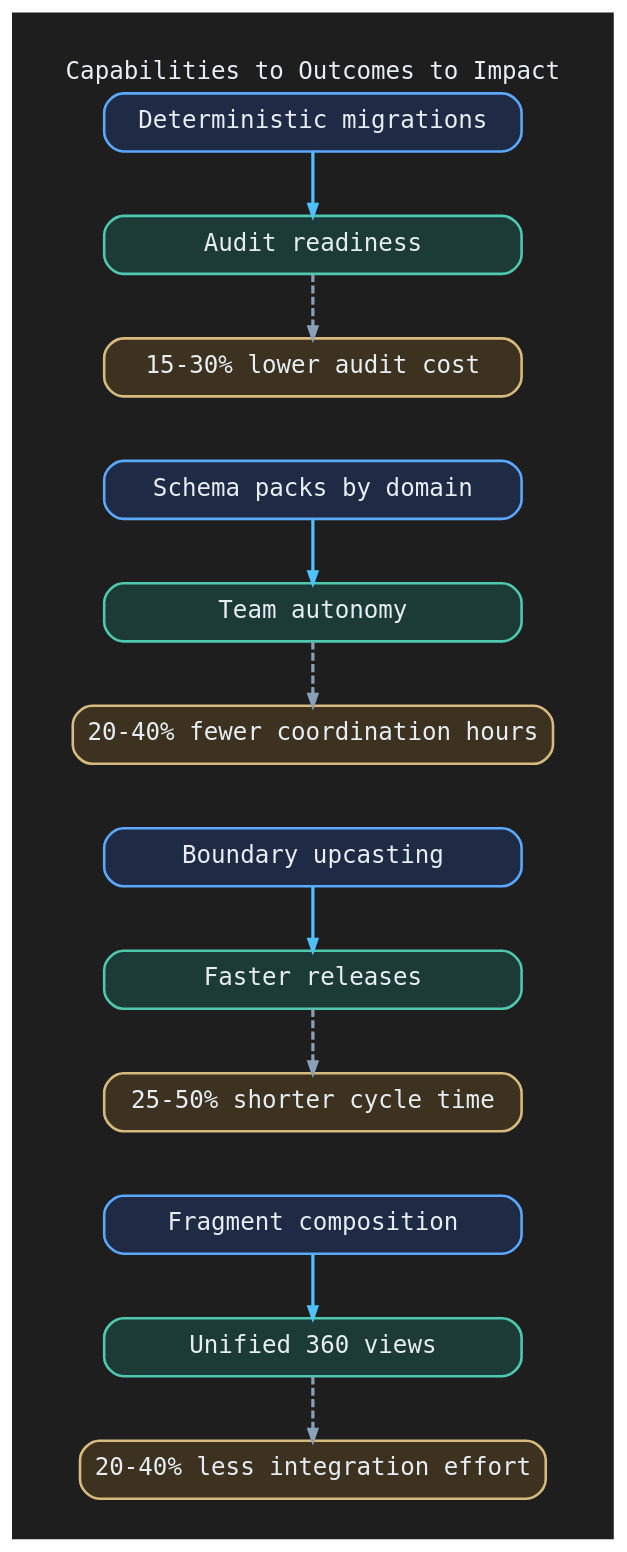
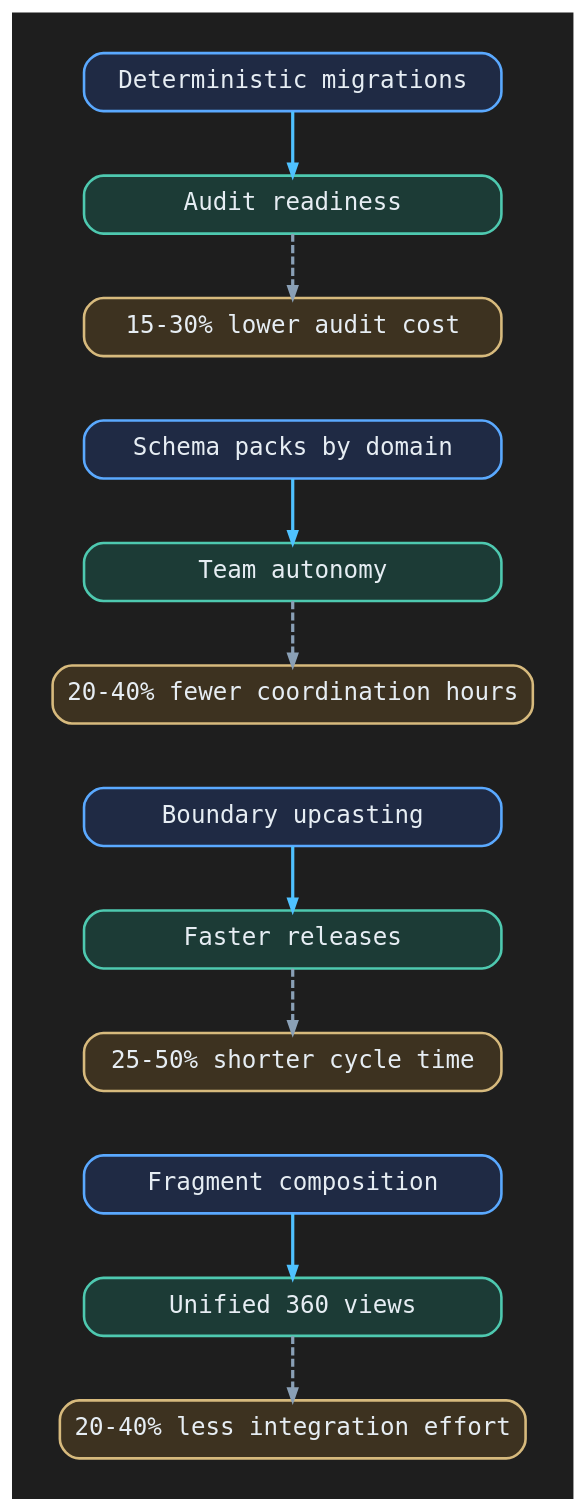
One commit to cronologi/schemalution changed the diagram in assets/diagrams/capabilities-outcomes-mobile.dot. Above: the diagram before and after it, drawn with Graphviz. The commit also changed 16 other files, not shown here.

```diff
--- a/assets/diagrams/capabilities-outcomes-mobile.dot
+++ b/assets/diagrams/capabilities-outcomes-mobile.dot
@@ -1,56 +1,54 @@
 digraph capabilities_outcomes_mobile {
   graph [
     rankdir=TB,
     bgcolor="#1E1E1E",
     pad="0.35",
     nodesep="0.45",
     ranksep="0.55",
     fontname="Cascadia Code, DejaVu Sans Mono, Noto Mono",
     fontsize=15,
-    fontcolor="#E6EDF3",
-    labelloc="t",
-    label="Capabilities to Outcomes to Impact"
+    fontcolor="#E6EDF3"
   ];
 
   node [
     shape=box,
     style="rounded,filled",
     fontname="Cascadia Code, DejaVu Sans Mono, Noto Mono",
     fontcolor="#E6EDF3",
     fontsize=15,
     margin="0.12,0.12",
     width=3.6,
     penwidth=1.6
   ];
 
   edge [color="#4FC1FF", penwidth=2, arrowsize=0.7];
 
   C1 [fillcolor="#1F2A44", color="#5AA9FF", label="Deterministic migrations"];
   O1 [fillcolor="#1C3B36", color="#4EC9B0", label="Audit readiness"];
   I1 [fillcolor="#3D3220", color="#D7BA7D", label="15-30% lower audit cost"];
 
   C2 [fillcolor="#1F2A44", color="#5AA9FF", label="Schema packs by domain"];
   O2 [fillcolor="#1C3B36", color="#4EC9B0", label="Team autonomy"];
   I2 [fillcolor="#3D3220", color="#D7BA7D", label="20-40% fewer coordination hours"];
 
   C3 [fillcolor="#1F2A44", color="#5AA9FF", label="Boundary upcasting"];
   O3 [fillcolor="#1C3B36", color="#4EC9B0", label="Faster releases"];
   I3 [fillcolor="#3D3220", color="#D7BA7D", label="25-50% shorter cycle time"];
 
   C4 [fillcolor="#1F2A44", color="#5AA9FF", label="Fragment composition"];
   O4 [fillcolor="#1C3B36", color="#4EC9B0", label="Unified 360 views"];
   I4 [fillcolor="#3D3220", color="#D7BA7D", label="20-40% less integration effort"];
 
   C1 -> O1;
   O1 -> I1 [style=dashed, color="#8AA0B6"];
   C2 -> O2;
   O2 -> I2 [style=dashed, color="#8AA0B6"];
   C3 -> O3;
   O3 -> I3 [style=dashed, color="#8AA0B6"];
   C4 -> O4;
   O4 -> I4 [style=dashed, color="#8AA0B6"];
 
   I1 -> C2 [style=invis, weight=10];
   I2 -> C3 [style=invis, weight=10];
   I3 -> C4 [style=invis, weight=10];
 }
```
